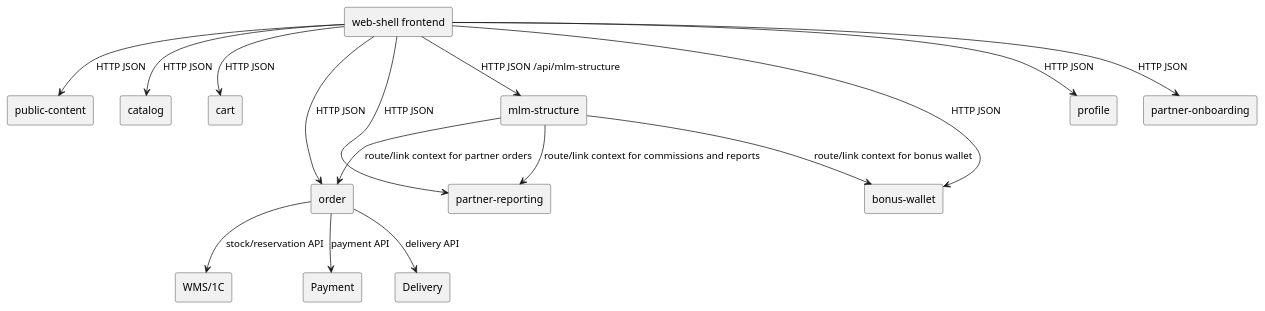
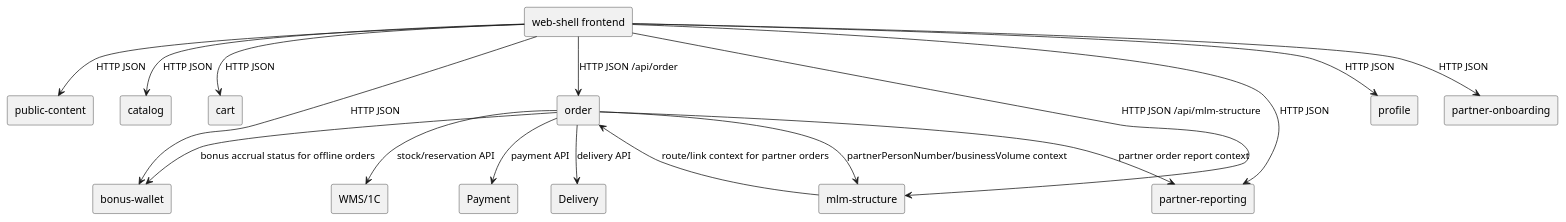
The diagram in agents/architecture/architecture.plantuml (alextaralexander/ai_ori_test), drawn with PlantUML before and after one commit. The commit also changed 43 other files, not shown here.

```diff
--- a/agents/architecture/architecture.plantuml
+++ b/agents/architecture/architecture.plantuml
@@ -1,31 +1,32 @@
 @startuml
 skinparam componentStyle rectangle
 component "web-shell frontend" as Web
 component "public-content" as PublicContent
 component "catalog" as Catalog
 component "cart" as Cart
 component "order" as Order
 component "profile" as Profile
 component "bonus-wallet" as Bonus
 component "partner-onboarding" as Onboarding
 component "partner-reporting" as Reporting
 component "mlm-structure" as MLM
 component "WMS/1C" as WMS
 component "Payment" as Payment
 component "Delivery" as Delivery
 Web --> PublicContent : HTTP JSON
 Web --> Catalog : HTTP JSON
 Web --> Cart : HTTP JSON
-Web --> Order : HTTP JSON
+Web --> Order : HTTP JSON /api/order
 Web --> Profile : HTTP JSON
 Web --> Bonus : HTTP JSON
 Web --> Onboarding : HTTP JSON
 Web --> Reporting : HTTP JSON
 Web --> MLM : HTTP JSON /api/mlm-structure
 MLM --> Order : route/link context for partner orders
-MLM --> Bonus : route/link context for bonus wallet
-MLM --> Reporting : route/link context for commissions and reports
+Order --> Bonus : bonus accrual status for offline orders
+Order --> MLM : partnerPersonNumber/businessVolume context
+Order --> Reporting : partner order report context
 Order --> Payment : payment API
 Order --> WMS : stock/reservation API
 Order --> Delivery : delivery API
 @enduml
```
